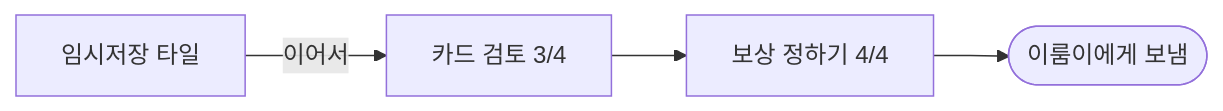
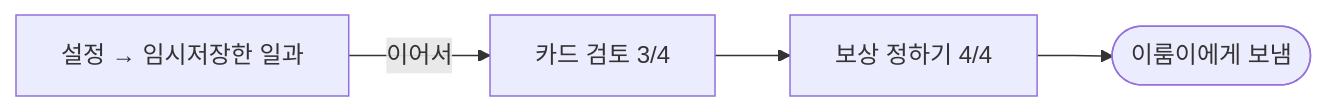
Before and after one commit to Twin-Fang/elum: the fourth of 4 diagrams in docs/superpowers/specs/2026-09-18-화면-전체명세.md, drawn with Mermaid. The commit also changed other lines of this file and 1 other file, not shown here.

````diff
--- a/docs/superpowers/specs/2026-09-18-화면-전체명세.md
+++ b/docs/superpowers/specs/2026-09-18-화면-전체명세.md
@@ -890,6 +968,6 @@
 ```mermaid
 flowchart LR
-    A[임시저장 타일] -->|이어서| B[카드 검토 3/4]
+    A[설정 → 임시저장한 일과] -->|이어서| B[카드 검토 3/4]
     B --> C[보상 정하기 4/4]
     C --> D([이룸이에게 보냄])
 ```
````
